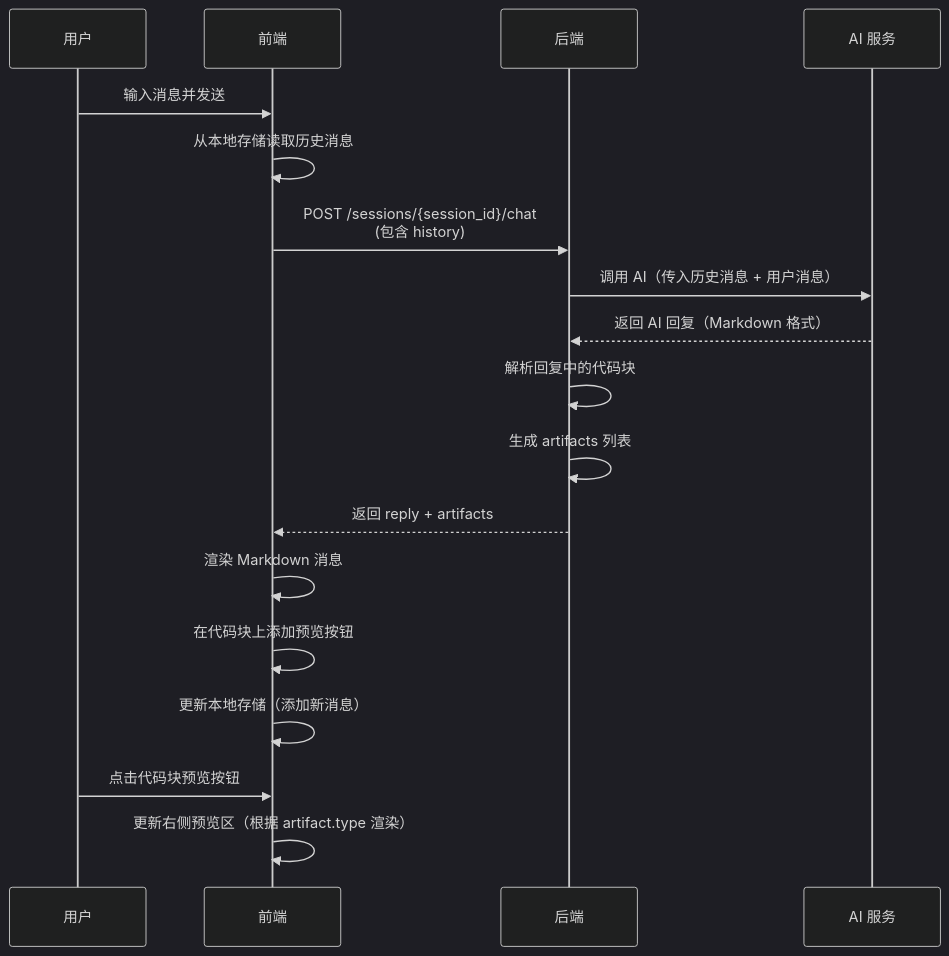
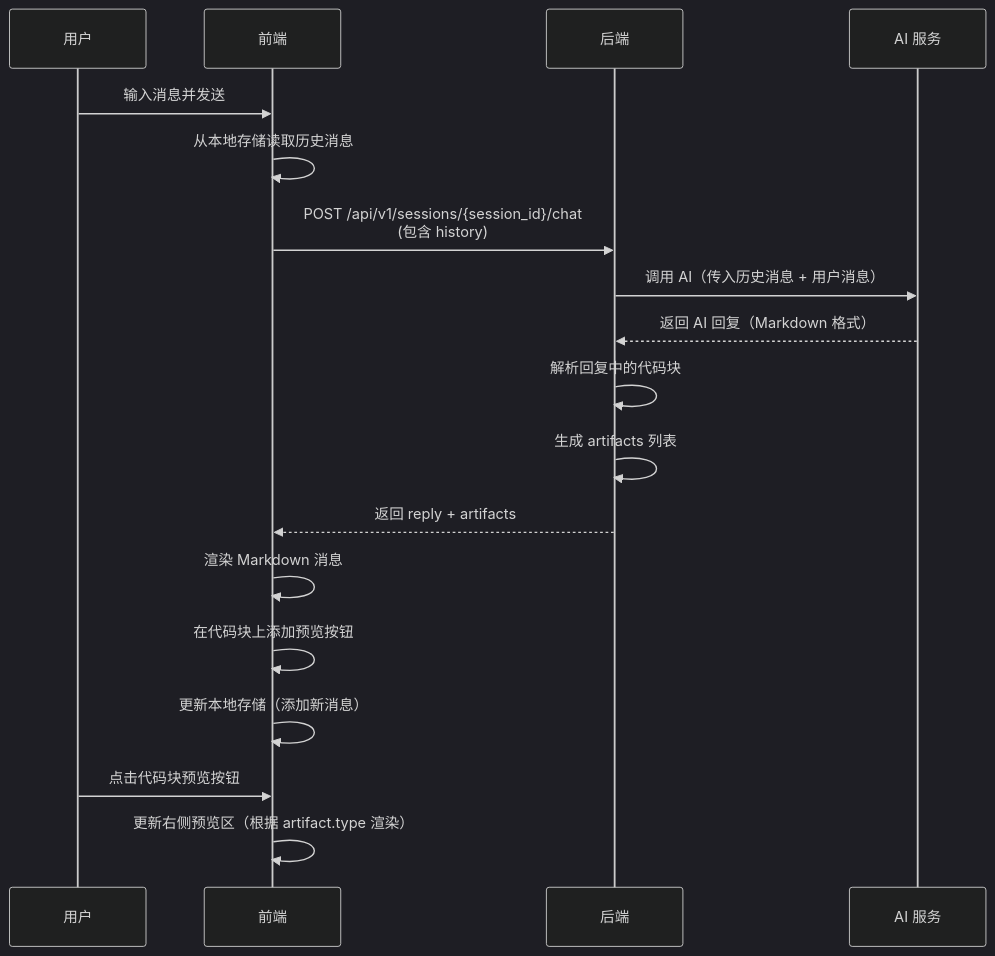
One commit to ZhangColin/ai-teacher-platform changed the second of 2 diagrams in docs/design/api_interface.md. Above: the diagram before and after it, drawn with Mermaid (dark theme). The commit also changed other lines of this file and 9 other files, not shown here.

````diff
--- a/docs/design/api_interface.md
+++ b/docs/design/api_interface.md
@@ -267,21 +268,21 @@
 ```mermaid
 sequenceDiagram
     participant User as 用户
     participant Frontend as 前端
     participant Backend as 后端
     participant AI as AI 服务
 
     User->>Frontend: 输入消息并发送
     Frontend->>Frontend: 从本地存储读取历史消息
-    Frontend->>Backend: POST /sessions/{session_id}/chat<br/>(包含 history)
+    Frontend->>Backend: POST /api/v1/sessions/{session_id}/chat<br/>(包含 history)
     Backend->>AI: 调用 AI（传入历史消息 + 用户消息）
     AI-->>Backend: 返回 AI 回复（Markdown 格式）
     Backend->>Backend: 解析回复中的代码块
     Backend->>Backend: 生成 artifacts 列表
     Backend-->>Frontend: 返回 reply + artifacts
     Frontend->>Frontend: 渲染 Markdown 消息
     Frontend->>Frontend: 在代码块上添加预览按钮
     Frontend->>Frontend: 更新本地存储（添加新消息）
     User->>Frontend: 点击代码块预览按钮
     Frontend->>Frontend: 更新右侧预览区（根据 artifact.type 渲染）
 ```
````
